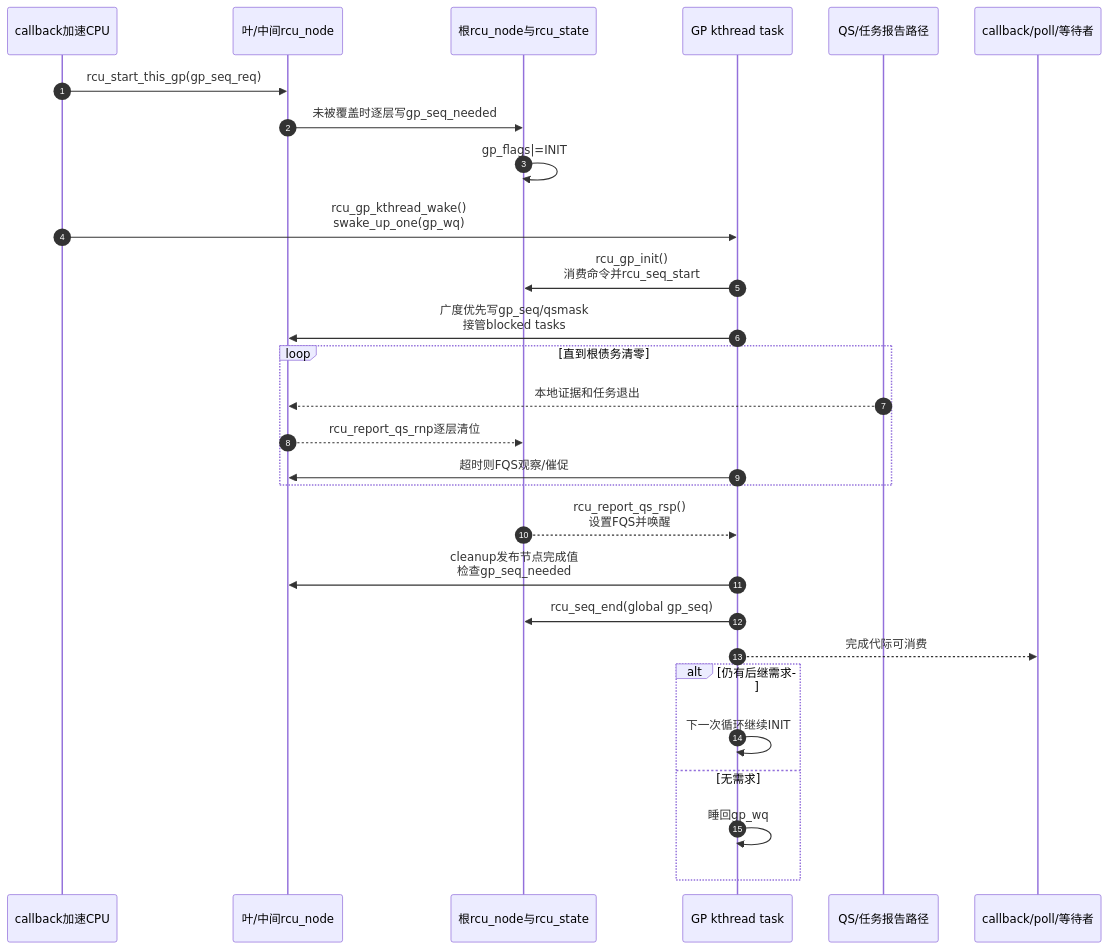
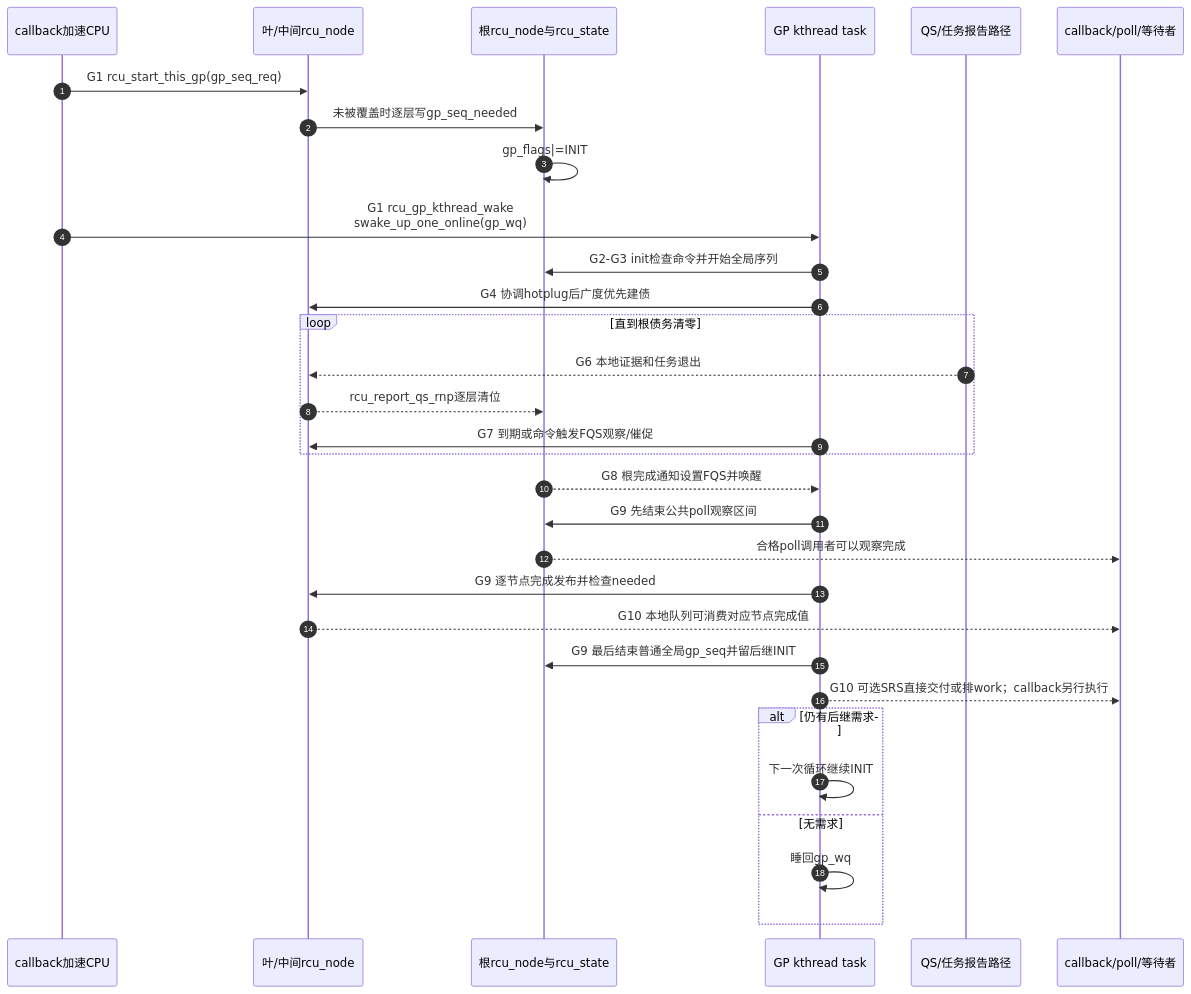
One commit to FormingSystem/linux_note changed the fourth of 4 diagrams in research/source_reading/rcu/source_explanations/P05_Linux_6.12_Tree_RCU_GP全局生命周期源码实现.md. Above: the diagram before and after it, drawn with Mermaid. The commit also changed other lines of this file and 21 other files, not shown here.

````diff
--- a/research/source_reading/rcu/source_explanations/P05_Linux_6.12_Tree_RCU_GP全局生命周期源码实现.md
+++ b/research/source_reading/rcu/source_explanations/P05_Linux_6.12_Tree_RCU_GP全局生命周期源码实现.md
@@ -1022,31 +885,34 @@
 ```mermaid
 sequenceDiagram
     autonumber
     participant C as callback加速CPU
     participant L as 叶/中间rcu_node
     participant R as 根rcu_node与rcu_state
     participant K as GP kthread task
     participant Q as QS/任务报告路径
     participant D as callback/poll/等待者
 
-    C->>L: rcu_start_this_gp(gp_seq_req)
+    C->>L: G1 rcu_start_this_gp(gp_seq_req)
     L->>R: 未被覆盖时逐层写gp_seq_needed
     R->>R: gp_flags|=INIT
-    C->>K: rcu_gp_kthread_wake()<br/>swake_up_one(gp_wq)
-    K->>R: rcu_gp_init()<br/>消费命令并rcu_seq_start
-    K->>L: 广度优先写gp_seq/qsmask<br/>接管blocked tasks
+    C->>K: G1 rcu_gp_kthread_wake<br/>swake_up_one_online(gp_wq)
+    K->>R: G2-G3 init检查命令并开始全局序列
+    K->>L: G4 协调hotplug后广度优先建债
     loop 直到根债务清零
-        Q-->>L: 本地证据和任务退出
+        Q-->>L: G6 本地证据和任务退出
         L-->>R: rcu_report_qs_rnp逐层清位
-        K->>L: 超时则FQS观察/催促
+        K->>L: G7 到期或命令触发FQS观察/催促
     end
-    R-->>K: rcu_report_qs_rsp()<br/>设置FQS并唤醒
-    K->>L: cleanup发布节点完成值<br/>检查gp_seq_needed
-    K->>R: rcu_seq_end(global gp_seq)
-    K-->>D: 完成代际可消费
+    R-->>K: G8 根完成通知设置FQS并唤醒
+    K->>R: G9 先结束公共poll观察区间
+    R-->>D: 合格poll调用者可以观察完成
+    K->>L: G9 逐节点完成发布并检查needed
+    L-->>D: G10 本地队列可消费对应节点完成值
+    K->>R: G9 最后结束普通全局gp_seq并留后继INIT
+    K-->>D: G10 可选SRS直接交付或排work；callback另行执行
     alt 仍有后继需求
         K->>K: 下一次循环继续INIT
     else 无需求
         K->>K: 睡回gp_wq
     end
 ```
````
